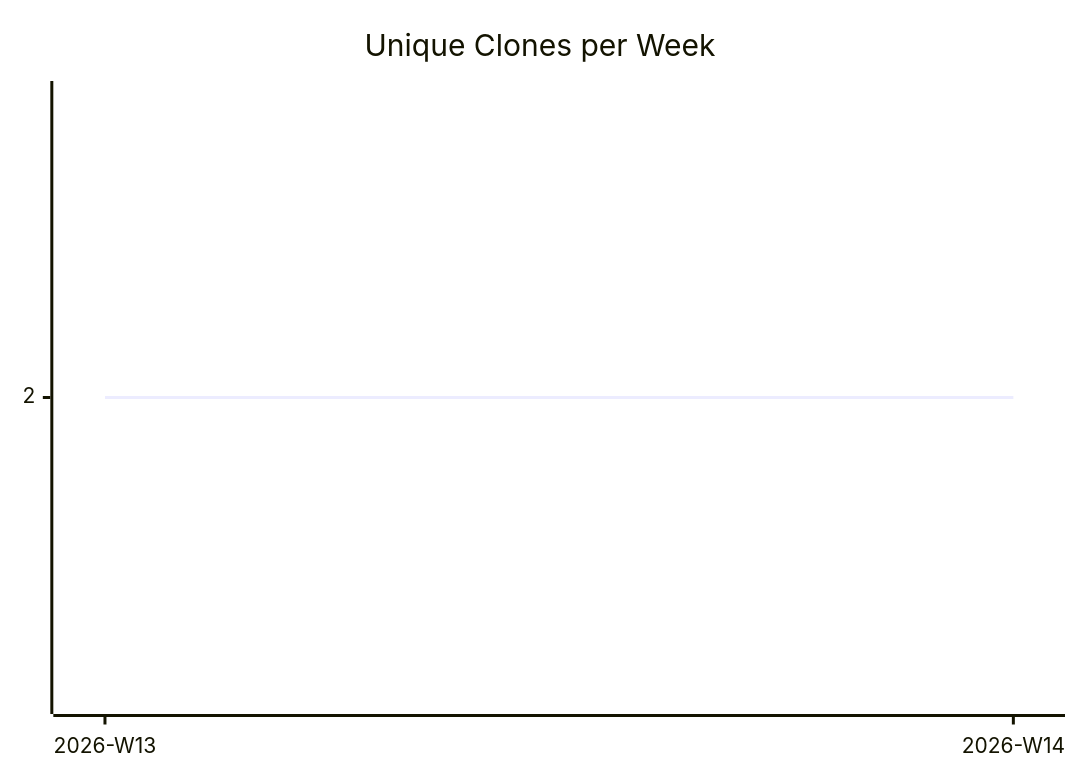
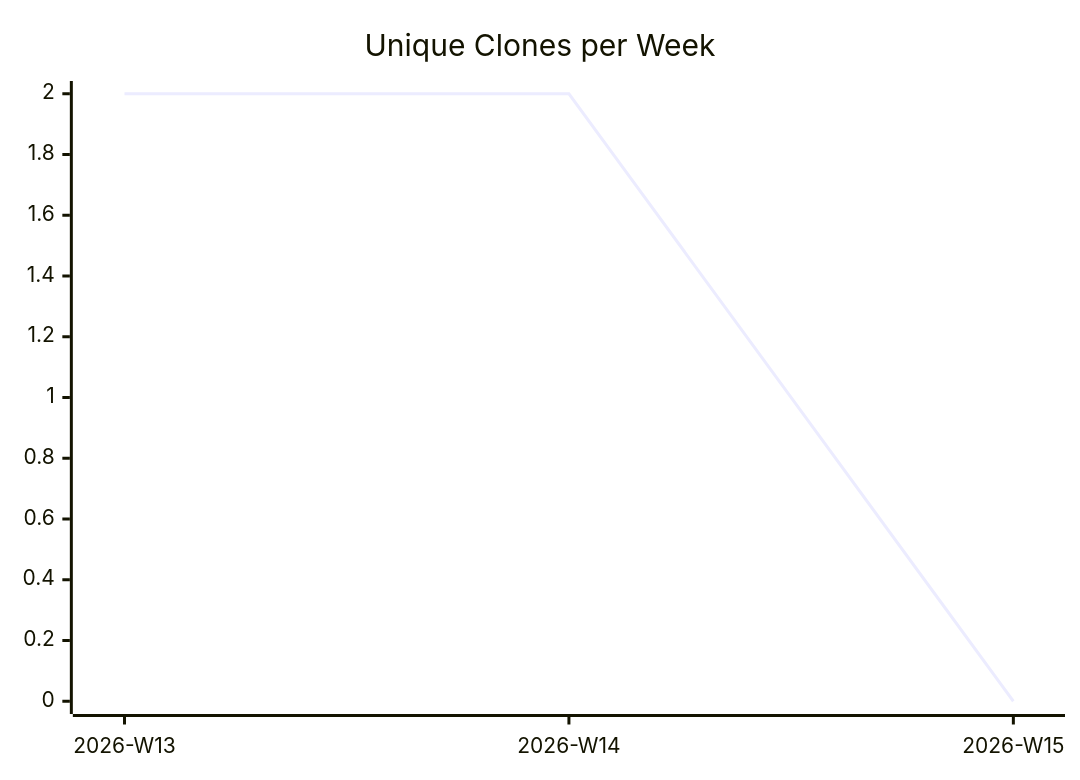
Before and after one commit to justdavis-family/github-analytics-data: the third of 3 diagrams in karlmdavis/bbonfhir-dev-infra-docker/README.md, drawn with Mermaid. The commit also changed other lines of this file and 190 other files, not shown here.

````diff
--- a/karlmdavis/bbonfhir-dev-infra-docker/README.md
+++ b/karlmdavis/bbonfhir-dev-infra-docker/README.md
@@ -19,6 +19,6 @@
 ```mermaid
 xychart-beta
   title "Unique Clones per Week"
-  x-axis ["2026-W13", "2026-W14"]
-  line [2, 2]
+  x-axis ["2026-W13", "2026-W14", "2026-W15"]
+  line [2, 2, 0]
 ```
````
